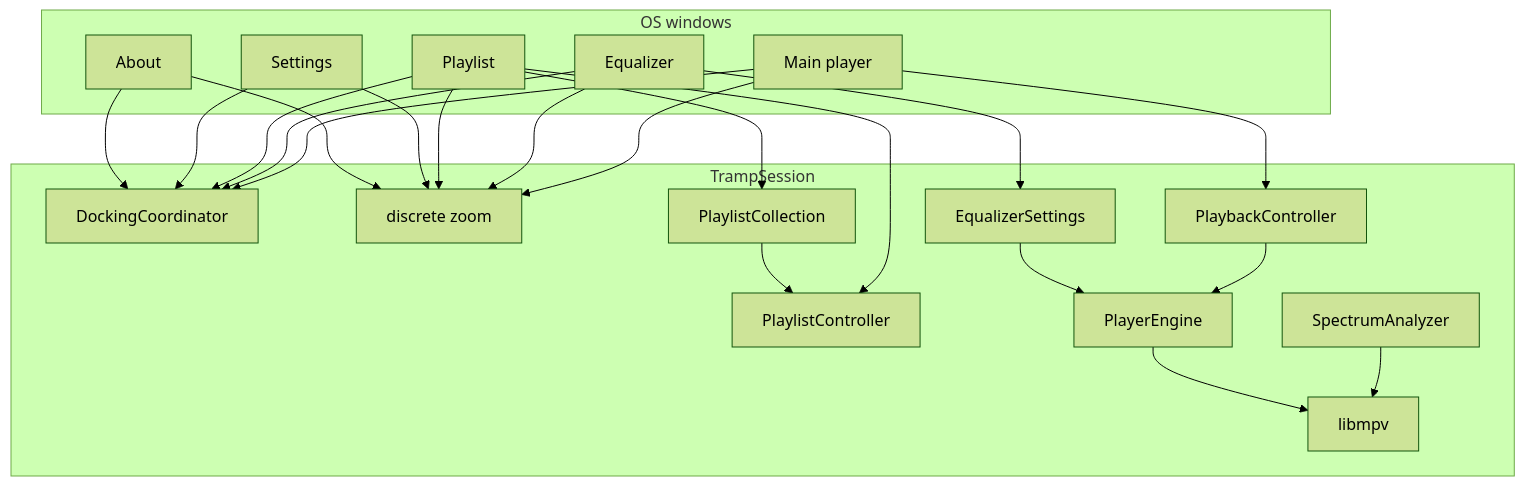
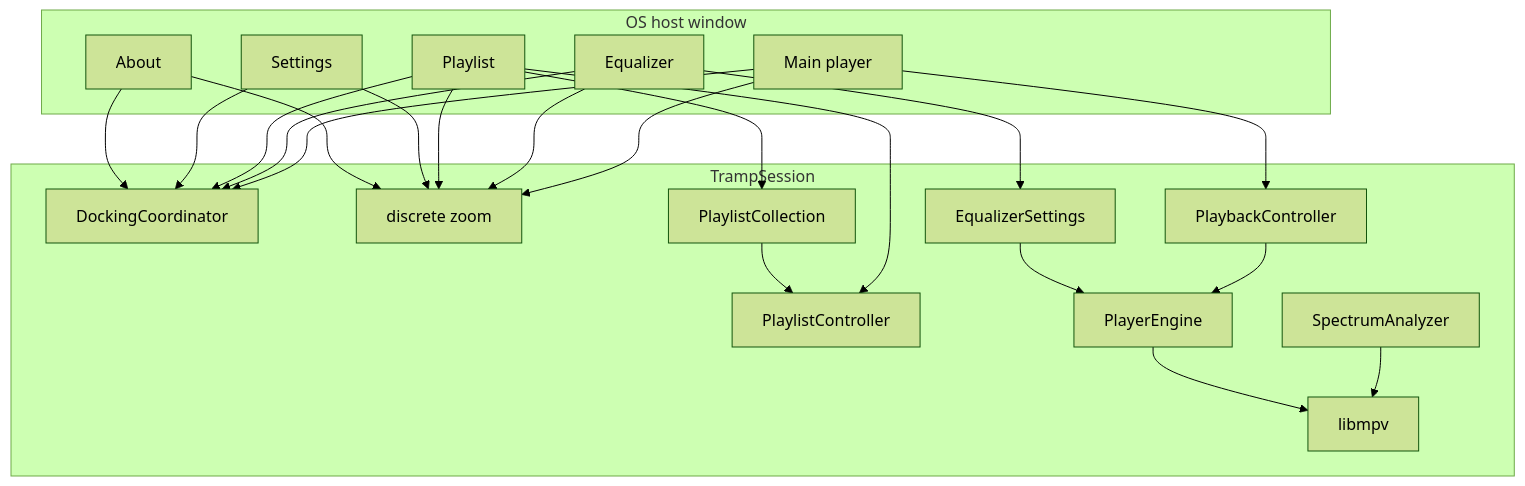
One commit to eliranbenishai/aoide changed the second of 2 diagrams in docs/architecture.md. Above: the diagram before and after it, drawn with Mermaid (forest theme). The commit also changed other lines of this file and 5 other files, not shown here.

Commit message:
docs: one host window, internal panels, punch-click

````diff
--- a/docs/architecture.md
+++ b/docs/architecture.md
@@ -46,40 +46,40 @@
 ```mermaid
 flowchart TB
-  subgraph windows [OS windows]
+  subgraph host [OS host window]
     Main[Main player]
     Eq[Equalizer]
     Pl[Playlist]
     Set[Settings]
     About[About]
   end
   subgraph session [TrampSession]
     Dock[DockingCoordinator]
     Zoom[discrete zoom]
     Play[PlaybackController]
     List[PlaylistController]
     Coll[PlaylistCollection]
     EqCtl[EqualizerSettings]
     Spec[SpectrumAnalyzer]
     Eng[PlayerEngine]
     Mpv[libmpv]
   end
   Main --> Dock
   Eq --> Dock
   Pl --> Dock
   Set --> Dock
   About --> Dock
   Main --> Zoom
   Eq --> Zoom
   Pl --> Zoom
   Set --> Zoom
   About --> Zoom
   Main --> Play
   Pl --> List
   Pl --> Coll
   Coll --> List
   Eq --> EqCtl
   Play --> Eng
   EqCtl --> Eng
   Spec --> Mpv
   Eng --> Mpv
 ```
````
